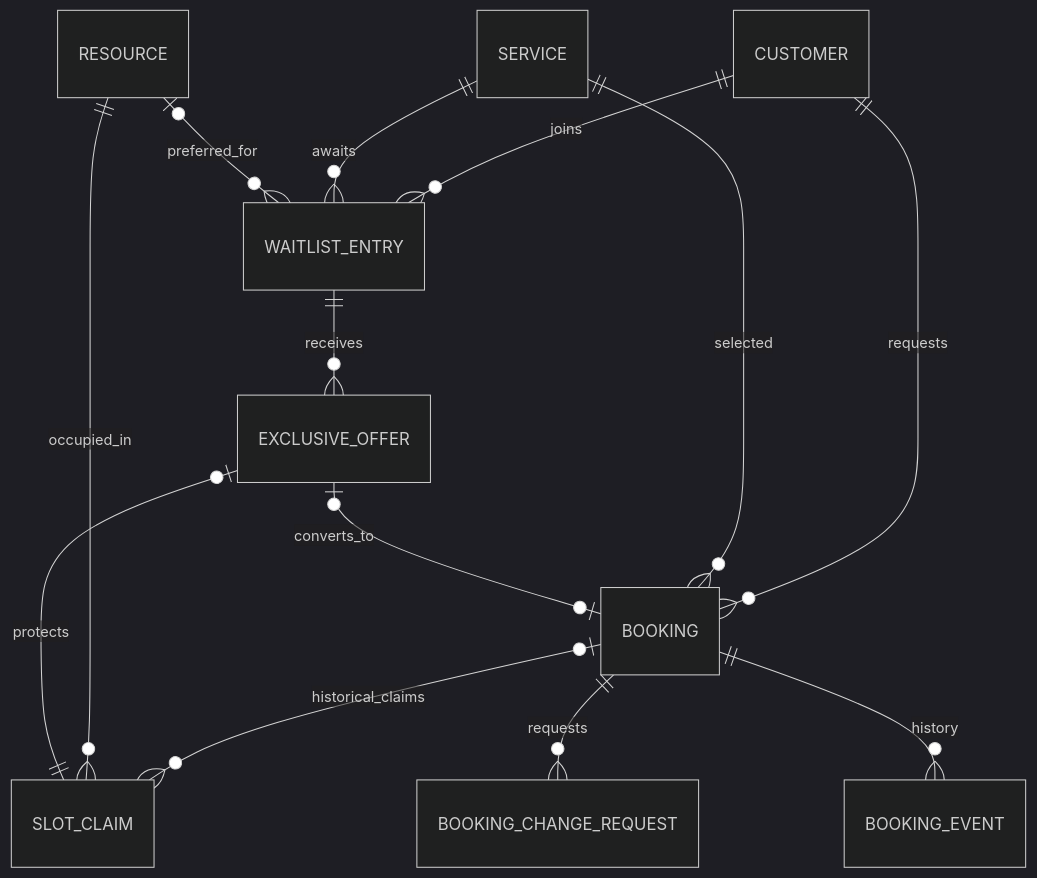
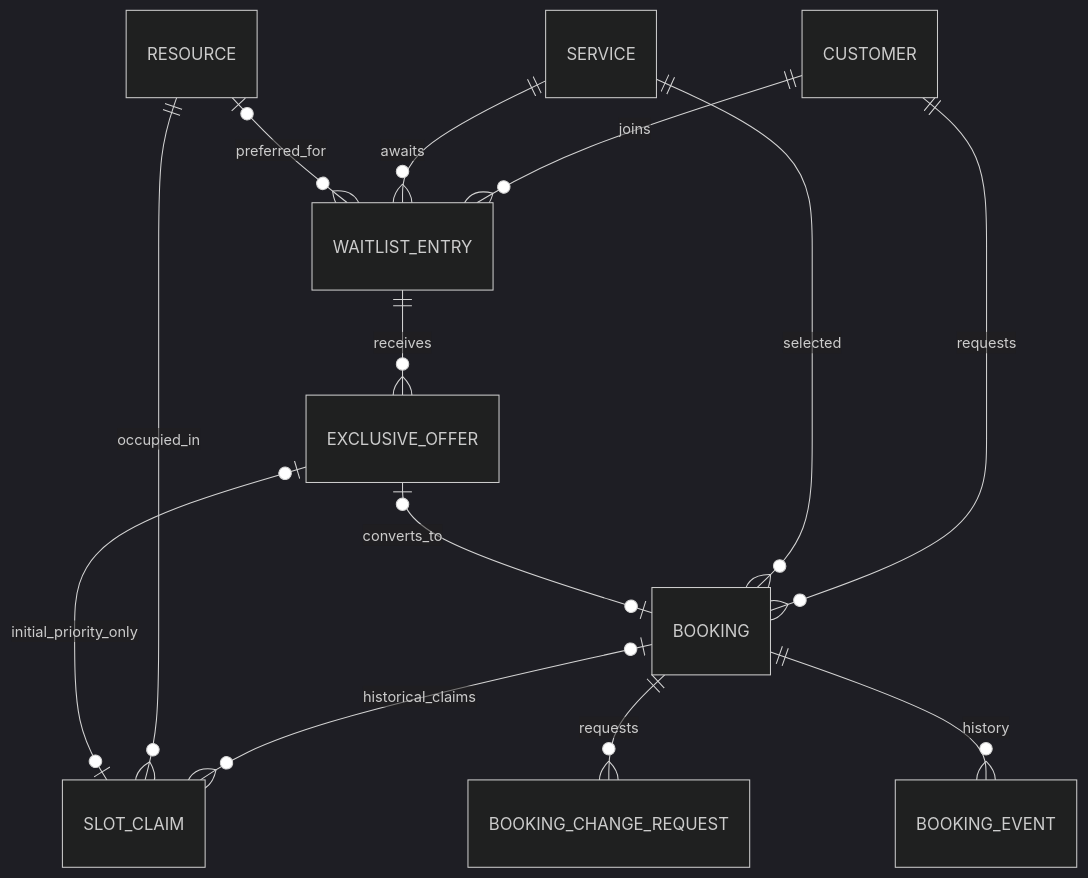
Before and after one commit to nanonoir/Agendoxa: the fourth of 9 diagrams in docs/design-docs/erd.md, drawn with Mermaid (dark theme). The commit also changed other lines of this file and 11 other files, not shown here.

````diff
--- a/docs/design-docs/erd.md
+++ b/docs/design-docs/erd.md
@@ -127,15 +127,15 @@
 ```mermaid
 erDiagram
   CUSTOMER ||--o{ BOOKING : requests
   SERVICE ||--o{ BOOKING : selected
   BOOKING o|--o{ SLOT_CLAIM : historical_claims
   RESOURCE ||--o{ SLOT_CLAIM : occupied_in
   BOOKING ||--o{ BOOKING_CHANGE_REQUEST : requests
   BOOKING ||--o{ BOOKING_EVENT : history
   CUSTOMER ||--o{ WAITLIST_ENTRY : joins
   SERVICE ||--o{ WAITLIST_ENTRY : awaits
   WAITLIST_ENTRY ||--o{ EXCLUSIVE_OFFER : receives
-  EXCLUSIVE_OFFER o|--|| SLOT_CLAIM : protects
+  EXCLUSIVE_OFFER o|--o| SLOT_CLAIM : initial_priority_only
   RESOURCE o|--o{ WAITLIST_ENTRY : preferred_for
   EXCLUSIVE_OFFER o|--o| BOOKING : converts_to
 ```
````
